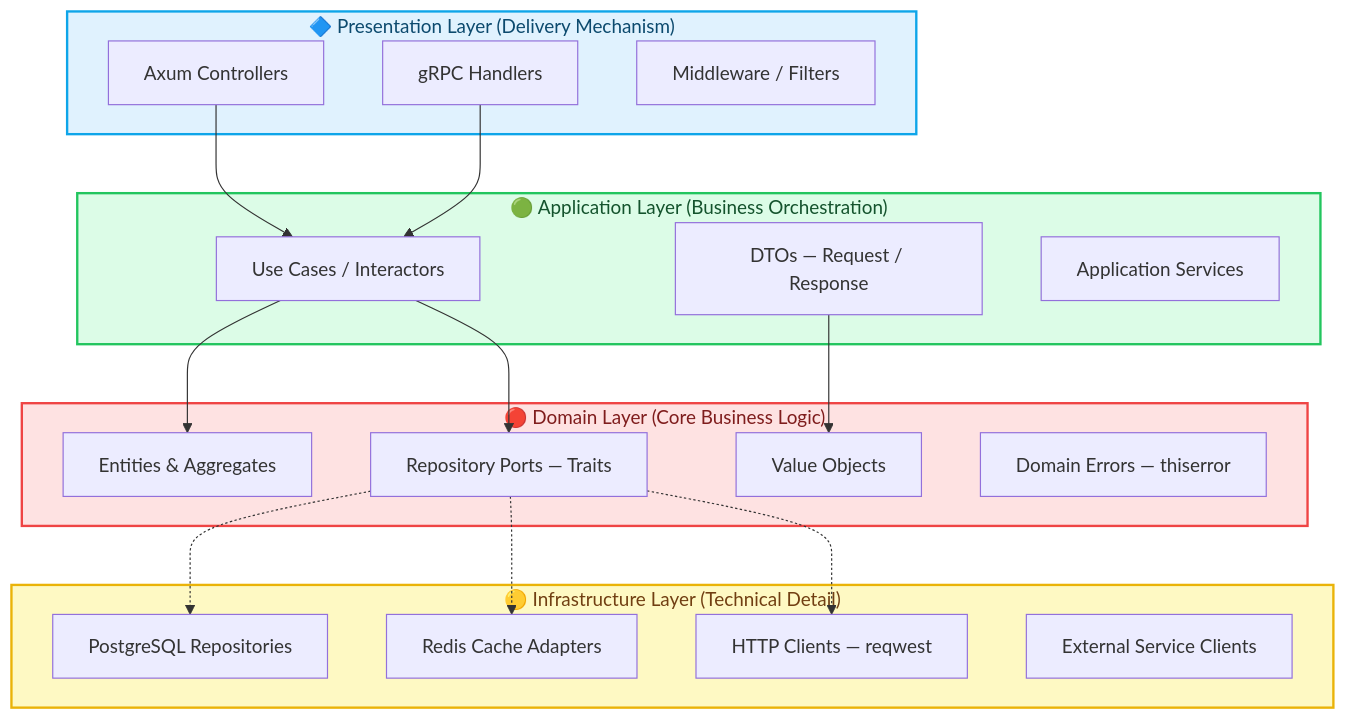
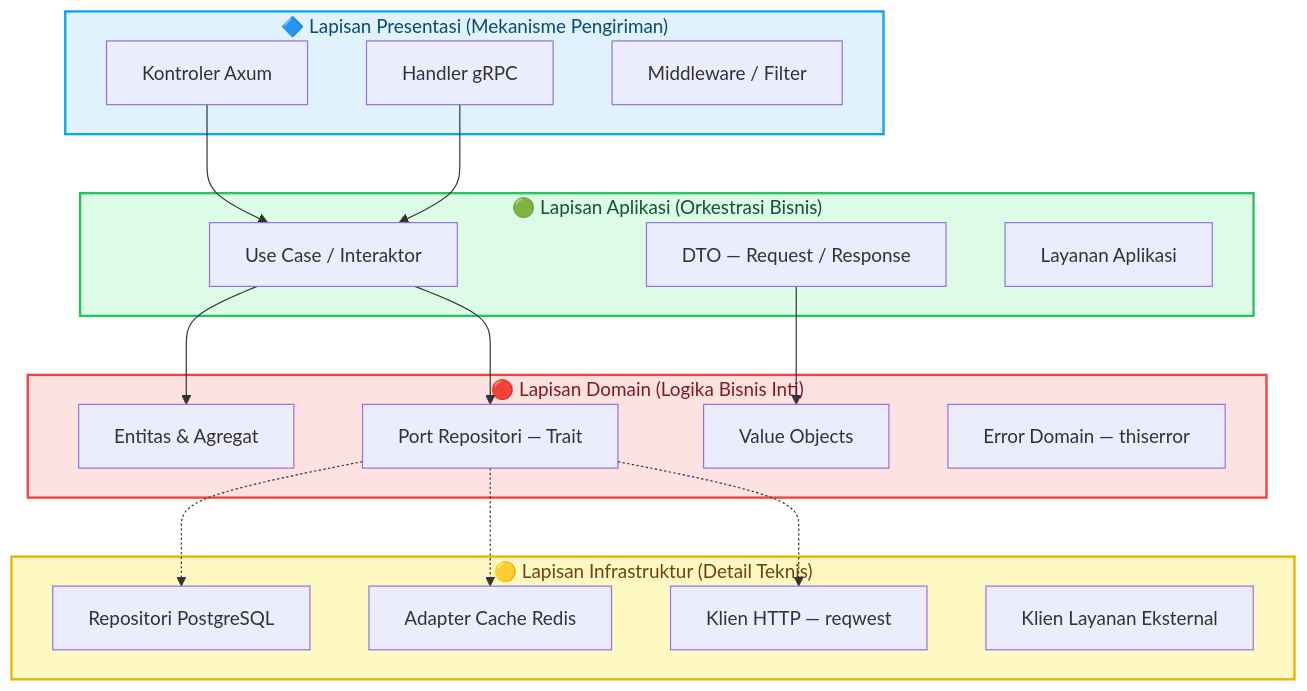
The second of 4 diagrams in content/docs/backend-rust/index.mdx (advprog-2026-A14-project/yomu-docs), drawn with Mermaid before and after one commit. The commit also changed other lines of this file and 30 other files, not shown here.

````diff
--- a/content/docs/backend-rust/index.mdx
+++ b/content/docs/backend-rust/index.mdx
@@ -140,39 +140,39 @@
 ```mermaid
 graph TD
-    subgraph OUTER["🔷 Presentation Layer (Delivery Mechanism)"]
-        P1[Axum Controllers]
-        P2[gRPC Handlers]
-        P3[Middleware / Filters]
+    subgraph OUTER["🔷 Lapisan Presentasi (Mekanisme Pengiriman)"]
+        P1[Kontroler Axum]
+        P2[Handler gRPC]
+        P3[Middleware / Filter]
     end
-    subgraph APP["🟢 Application Layer (Business Orchestration)"]
-        A1[Use Cases / Interactors]
-        A2[DTOs — Request / Response]
-        A3[Application Services]
+    subgraph APP["🟢 Lapisan Aplikasi (Orkestrasi Bisnis)"]
+        A1[Use Case / Interaktor]
+        A2[DTO — Request / Response]
+        A3[Layanan Aplikasi]
     end
-    subgraph DOM["🔴 Domain Layer (Core Business Logic)"]
-        D1[Entities & Aggregates]
+    subgraph DOM["🔴 Lapisan Domain (Logika Bisnis Inti)"]
+        D1[Entitas & Agregat]
         D2[Value Objects]
-        D3[Repository Ports — Traits]
-        D4[Domain Errors — thiserror]
+        D3[Port Repositori — Trait]
+        D4[Error Domain — thiserror]
     end
-    subgraph INF["🟡 Infrastructure Layer (Technical Detail)"]
-        I1[PostgreSQL Repositories]
-        I2[Redis Cache Adapters]
-        I3[HTTP Clients — reqwest]
-        I4[External Service Clients]
+    subgraph INF["🟡 Lapisan Infrastruktur (Detail Teknis)"]
+        I1[Repositori PostgreSQL]
+        I2[Adapter Cache Redis]
+        I3[Klien HTTP — reqwest]
+        I4[Klien Layanan Eksternal]
     end
 
     P1 --> A1
     P2 --> A1
     A1 --> D1
     A1 --> D3
     A2 --> D2
     D3 -.-> I1
     D3 -.-> I2
     D3 -.-> I3
 
     style OUTER fill:#e0f2fe,stroke:#0ea5e9,stroke-width:2px,color:#0c4a6e
     style APP fill:#dcfce7,stroke:#22c55e,stroke-width:2px,color:#14532d
     style DOM fill:#fee2e2,stroke:#ef4444,stroke-width:2px,color:#7f1d1d
     style INF fill:#fef9c3,stroke:#eab308,stroke-width:2px,color:#713f12
 ```
````
